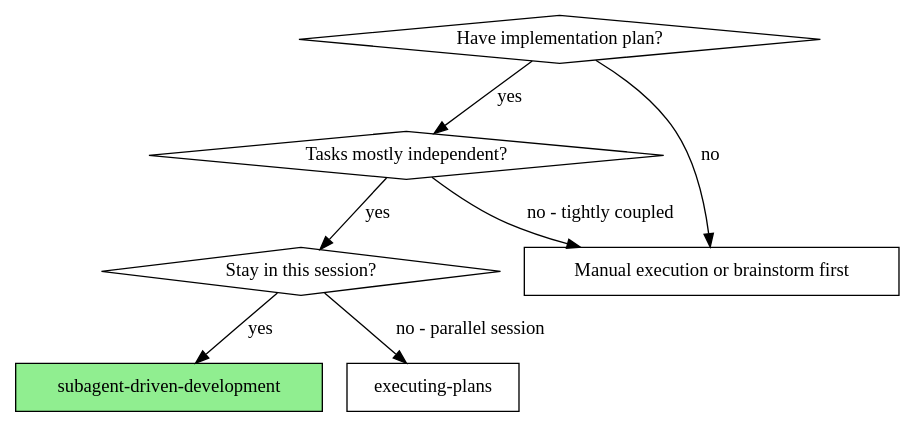
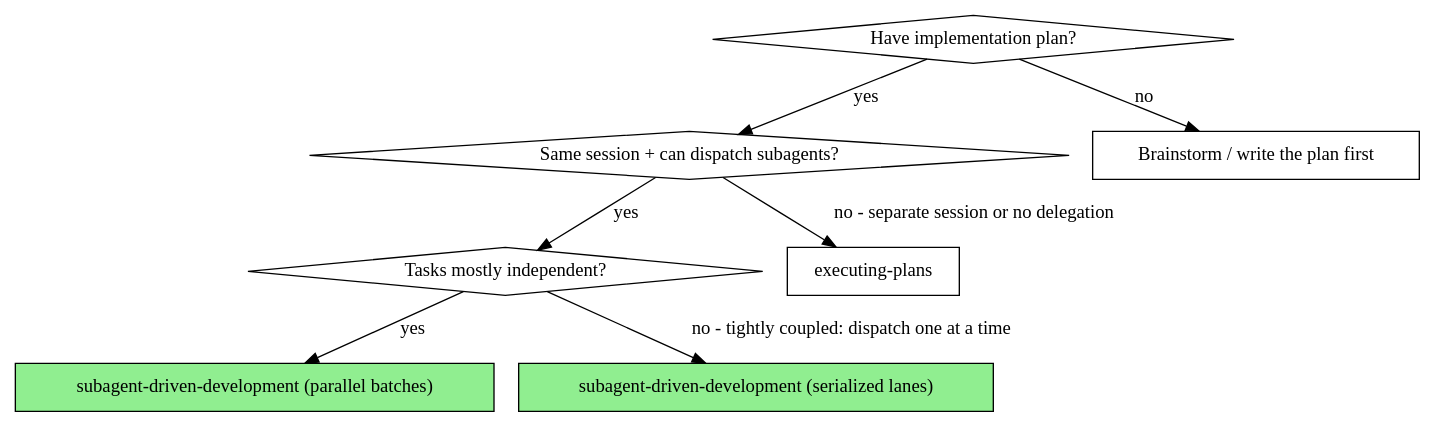
Before and after one commit to anortham/razorback: the first of 2 diagrams in skills/subagent-driven-development/SKILL.md, drawn with Graphviz. The commit also changed other lines of this file and 10 other files, not shown here.

````diff
--- a/skills/subagent-driven-development/SKILL.md
+++ b/skills/subagent-driven-development/SKILL.md
@@ -25,17 +26,18 @@
 ```dot
 digraph when_to_use {
     "Have implementation plan?" [shape=diamond];
+    "Same session + can dispatch subagents?" [shape=diamond];
     "Tasks mostly independent?" [shape=diamond];
-    "Stay in this session?" [shape=diamond];
-    "subagent-driven-development" [shape=box style=filled fillcolor=lightgreen];
+    "subagent-driven-development (parallel batches)" [shape=box style=filled fillcolor=lightgreen];
+    "subagent-driven-development (serialized lanes)" [shape=box style=filled fillcolor=lightgreen];
     "executing-plans" [shape=box];
-    "Manual execution or brainstorm first" [shape=box];
+    "Brainstorm / write the plan first" [shape=box];
 
-    "Have implementation plan?" -> "Tasks mostly independent?" [label="yes"];
-    "Have implementation plan?" -> "Manual execution or brainstorm first" [label="no"];
-    "Tasks mostly independent?" -> "Stay in this session?" [label="yes"];
-    "Tasks mostly independent?" -> "Manual execution or brainstorm first" [label="no - tightly coupled"];
-    "Stay in this session?" -> "subagent-driven-development" [label="yes"];
-    "Stay in this session?" -> "executing-plans" [label="no - parallel session"];
+    "Have implementation plan?" -> "Same session + can dispatch subagents?" [label="yes"];
+    "Have implementation plan?" -> "Brainstorm / write the plan first" [label="no"];
+    "Same session + can dispatch subagents?" -> "Tasks mostly independent?" [label="yes"];
+    "Same session + can dispatch subagents?" -> "executing-plans" [label="no - separate session or no delegation"];
+    "Tasks mostly independent?" -> "subagent-driven-development (parallel batches)" [label="yes"];
+    "Tasks mostly independent?" -> "subagent-driven-development (serialized lanes)" [label="no - tightly coupled: dispatch one at a time"];
 }
 ```
````
